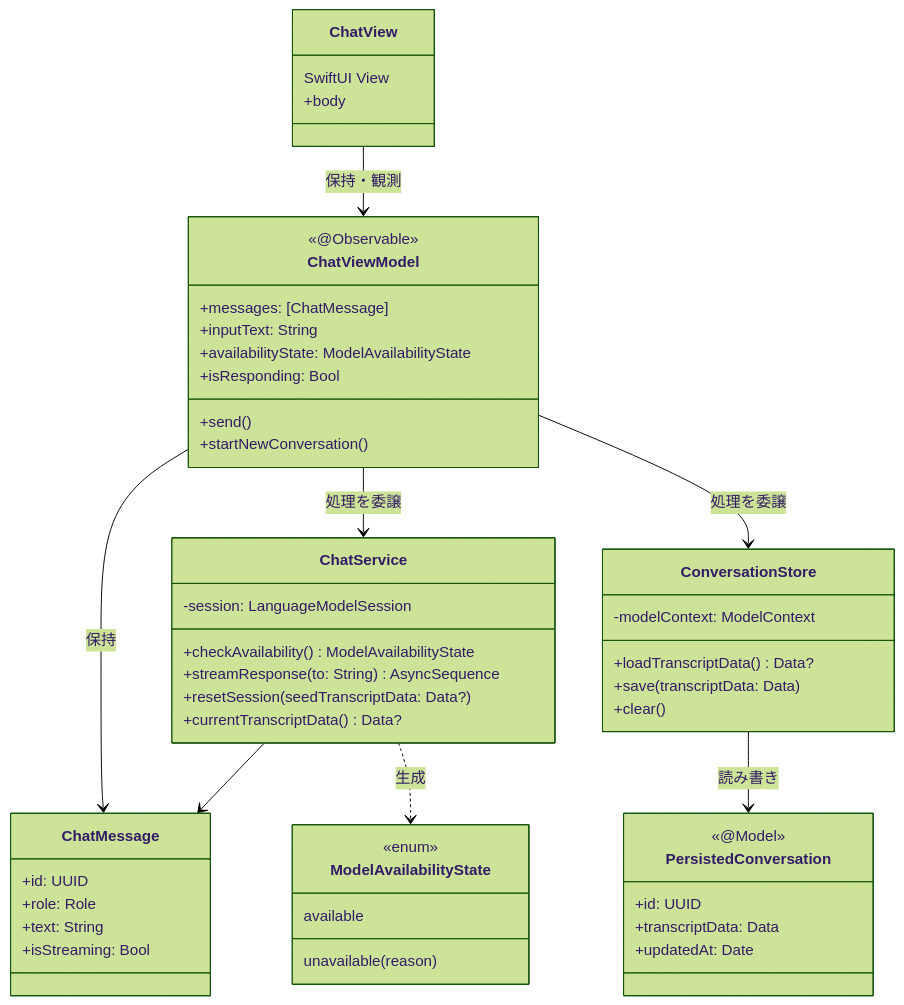
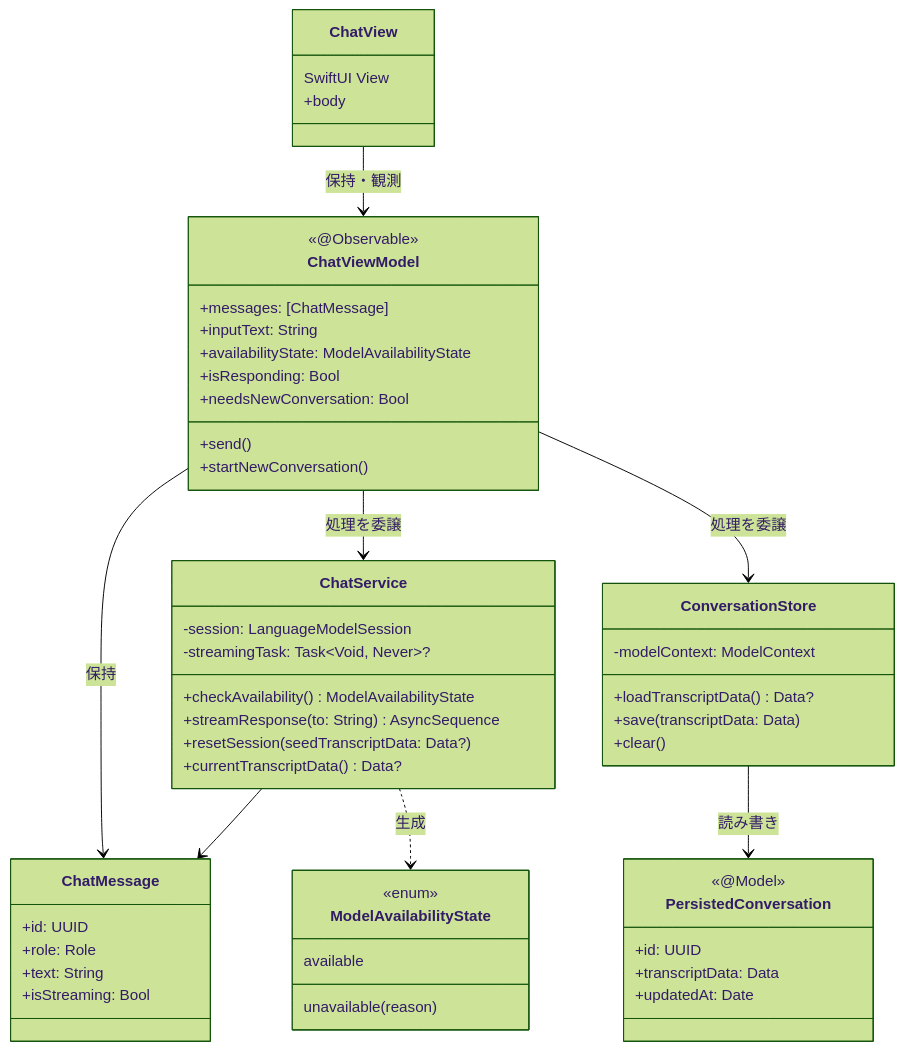
The first of 5 diagrams in docs/design.md (neko3cs/apple-fm-chat-app), drawn with Mermaid (forest theme) before and after one commit. The commit also changed other lines of this file and 3 other files, not shown here.

````diff
--- a/docs/design.md
+++ b/docs/design.md
@@ -5,54 +5,56 @@
 ```mermaid
 classDiagram
     class ChatView {
         SwiftUI View
         +body
     }
     class ChatViewModel {
         <<@Observable>>
         +messages: [ChatMessage]
         +inputText: String
         +availabilityState: ModelAvailabilityState
         +isResponding: Bool
+        +needsNewConversation: Bool
         +send()
         +startNewConversation()
     }
     class ChatService {
         -session: LanguageModelSession
+        -streamingTask: Task~Void, Never~?
         +checkAvailability() ModelAvailabilityState
         +streamResponse(to: String) AsyncSequence
         +resetSession(seedTranscriptData: Data?)
         +currentTranscriptData() Data?
     }
     class ConversationStore {
         -modelContext: ModelContext
         +loadTranscriptData() Data?
         +save(transcriptData: Data)
         +clear()
     }
     class PersistedConversation {
         <<@Model>>
         +id: UUID
         +transcriptData: Data
         +updatedAt: Date
     }
     class ChatMessage {
         +id: UUID
         +role: Role
         +text: String
         +isStreaming: Bool
     }
     class ModelAvailabilityState {
         <<enum>>
         available
         unavailable(reason)
     }
 
     ChatView --> ChatViewModel : 保持・観測
     ChatViewModel --> ChatService : 処理を委譲
     ChatViewModel --> ConversationStore : 処理を委譲
     ChatViewModel --> ChatMessage : 保持
     ChatService --> ChatMessage
     ChatService ..> ModelAvailabilityState : 生成
     ConversationStore --> PersistedConversation : 読み書き
 ```
````
